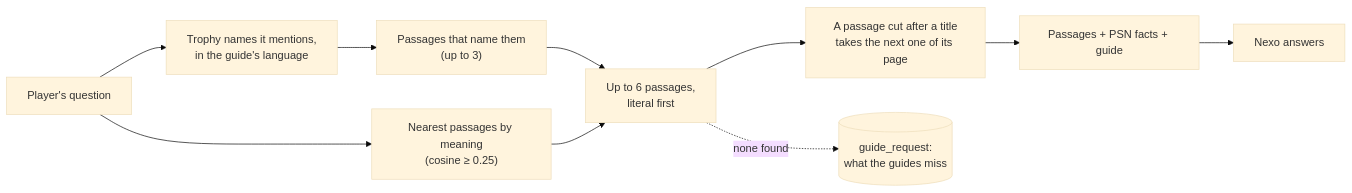
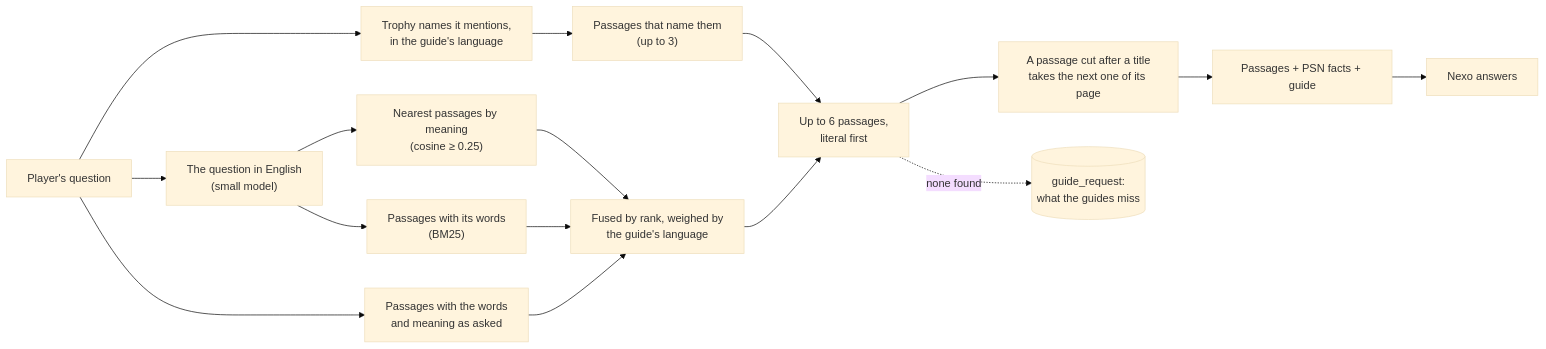
Before and after one commit to renatoaug/platjourney: the third of 4 diagrams in docs/design/07-rag.md, drawn with Mermaid (base theme). The commit also changed other lines of this file and 12 other files, not shown here.

Commit message:
feat(ai): search the deep guide in English with keywords and vectors (#89)

````diff
--- a/docs/design/07-rag.md
+++ b/docs/design/07-rag.md
@@ -58,12 +58,18 @@
 ```mermaid
 flowchart LR
     q[Player's question] --> names["Trophy names it mentions,<br/>in the guide's language"]
     names --> literal["Passages that name them<br/>(up to 3)"]
-    q --> semantic["Nearest passages by meaning<br/>(cosine ≥ 0.25)"]
+    q --> en["The question in English<br/>(small model)"]
+    en --> semantic["Nearest passages by meaning<br/>(cosine ≥ 0.25)"]
+    en --> words["Passages with its words<br/>(BM25)"]
+    q --> own["Passages with the words<br/>and meaning as asked"]
+    semantic --> fuse["Fused by rank, weighed by<br/>the guide's language"]
+    words --> fuse
+    own --> fuse
     literal --> pick["Up to 6 passages,<br/>literal first"]
-    semantic --> pick
+    fuse --> pick
     pick --> cont["A passage cut after a title<br/>takes the next one of its page"]
     cont --> prompt["Passages + PSN facts + guide"]
     prompt --> answer[Nexo answers]
     pick -. "none found" .-> gap[("guide_request:<br/>what the guides miss")]
 ```
````
